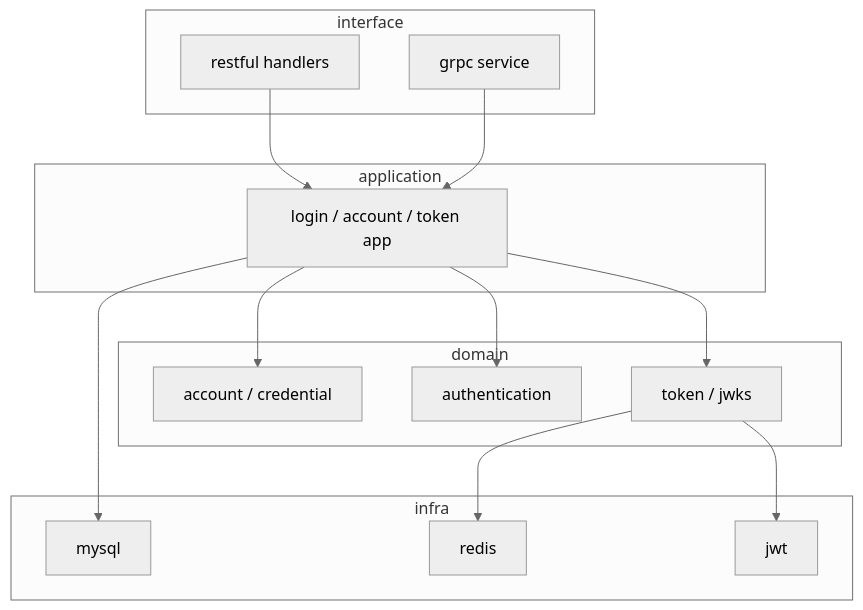
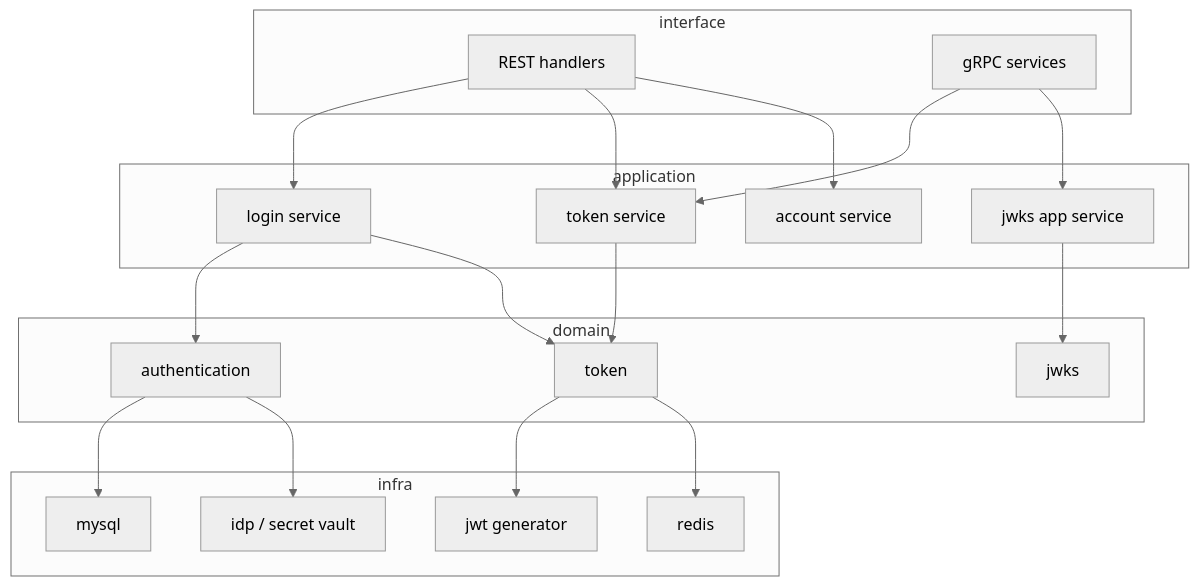
Before and after one commit to FangcunMount/iam-contracts: the fourth of 4 diagrams in docs/02-业务域/01-authn-认证、Token、JWKS.md, drawn with Mermaid (neutral theme). The commit also changed other lines of this file and 24 other files, not shown here.

````diff
--- a/docs/02-业务域/01-authn-认证、Token、JWKS.md
+++ b/docs/02-业务域/01-authn-认证、Token、JWKS.md
@@ -117,28 +161,38 @@
 ```mermaid
 flowchart TB
   subgraph interface
-    RH[restful handlers]
-    GS[grpc service]
+    RH["REST handlers"]
+    GS["gRPC services"]
   end
   subgraph application
-    LG[login / account / token app]
+    LG["login service"]
+    TK["token service"]
+    JW["jwks app service"]
+    AC["account service"]
   end
   subgraph domain
-    AC[account / credential]
-    AU[authentication]
-    TK[token / jwks]
+    AU["authentication"]
+    TD["token"]
+    KD["jwks"]
   end
   subgraph infra
-    MY[mysql]
-    RD[redis]
-    JW[jwt]
+    MY["mysql"]
+    RD["redis"]
+    JI["jwt generator"]
+    IDP["idp / secret vault"]
   end
+
   RH --> LG
-  GS --> LG
-  LG --> AC
+  RH --> TK
+  RH --> AC
+  GS --> TK
+  GS --> JW
   LG --> AU
-  LG --> TK
-  TK --> JW
-  TK --> RD
-  LG --> MY
+  LG --> TD
+  TK --> TD
+  JW --> KD
+  AU --> MY
+  AU --> IDP
+  TD --> JI
+  TD --> RD
 ```
````
